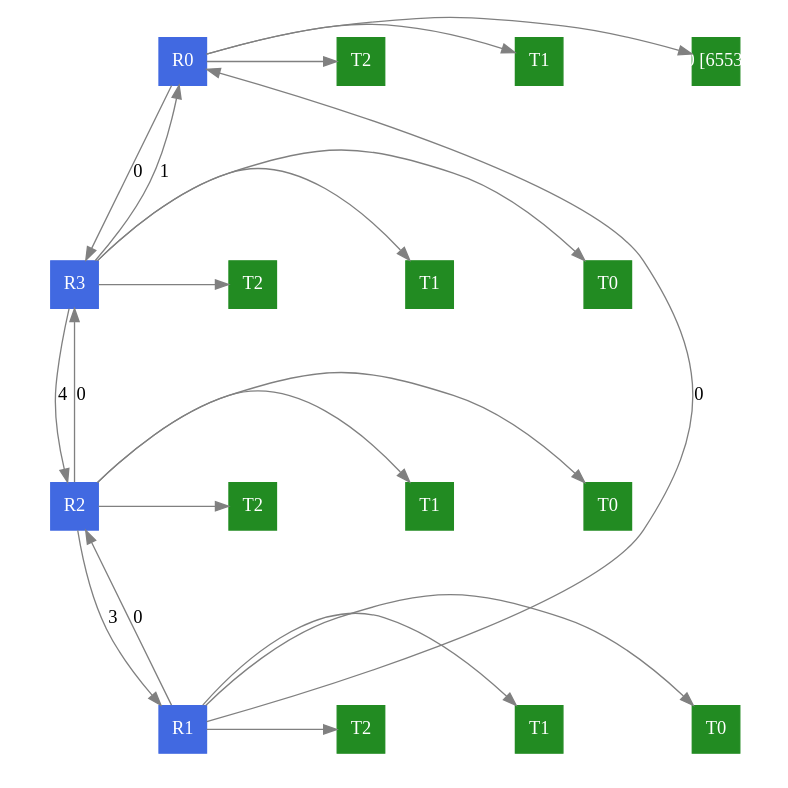
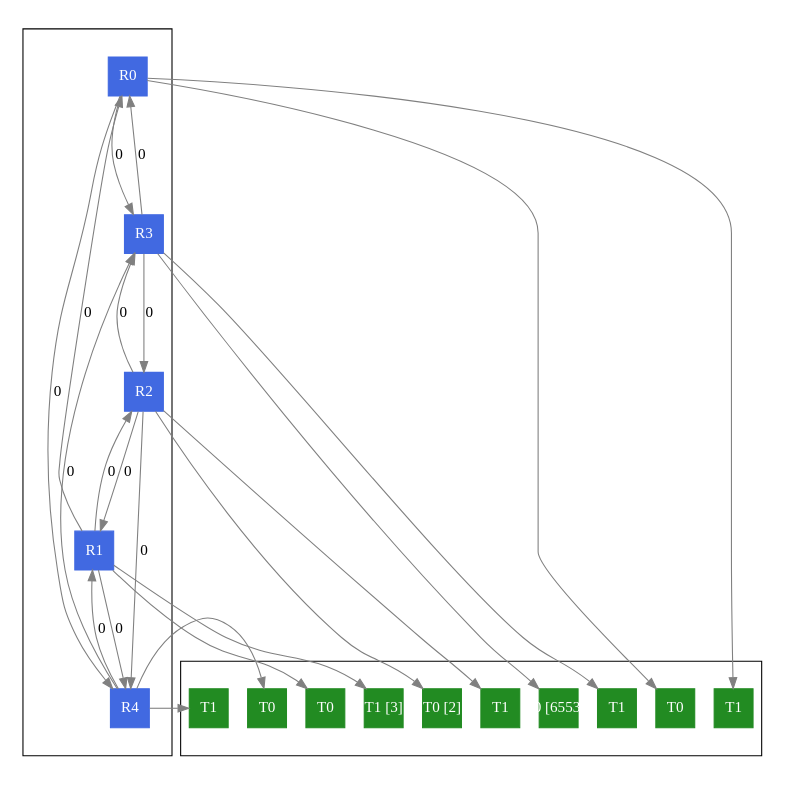
One commit to Fede108/Algoritmos-y-estructura-de-Datos changed the diagram in Trabajo_Final/src/grafo.dot. Above: the diagram before and after it, drawn with Graphviz. The commit also changed 14 other files, not shown here.

```diff
--- a/Trabajo_Final/src/grafo.dot
+++ b/Trabajo_Final/src/grafo.dot
@@ -1,46 +1,48 @@
 digraph G {
     edge [color=gray, penwidth=1];
     size="8,8";
     ratio="fill";
-    subgraph routers {
+    subgraph cluster_routers {
         node [shape=box, style=filled, color=royalblue, fixedsize=true, width=0.5, height=0.5, fontcolor=white];
         0 [label="R0"];
         1 [label="R1"];
         2 [label="R2"];
         3 [label="R3"];
+        4 [label="R4"];
     }
-    subgraph terminales {
+    subgraph cluster_terminales {
         node [shape=box, style=filled, color=forestgreen, fixedsize=true, width=0.5, height=0.5, fontcolor=white];
-        00 [label="T0 [65539]"];
+        00 [label="T0"];
         01 [label="T1"];
-        02 [label="T2"];
         10 [label="T0"];
-        11 [label="T1"];
-        12 [label="T2"];
-        20 [label="T0"];
+        11 [label="T1 [3]"];
+        20 [label="T0 [2]"];
         21 [label="T1"];
-        22 [label="T2"];
-        30 [label="T0"];
+        30 [label="T0 [65539]"];
         31 [label="T1"];
-        32 [label="T2"];
+        40 [label="T0"];
+        41 [label="T1"];
     }
     0 -> 3 [label="0"];
+    0 -> 4 [label="0"];
     1 -> 0 [label="0"];
     1 -> 2 [label="0"];
-    2 -> 1 [label="3"];
+    1 -> 4 [label="0"];
+    2 -> 1 [label="0"];
     2 -> 3 [label="0"];
-    3 -> 0 [label="1"];
-    3 -> 2 [label="4"];
+    2 -> 4 [label="0"];
+    3 -> 0 [label="0"];
+    3 -> 2 [label="0"];
+    4 -> 1 [label="0"];
+    4 -> 3 [label="0"];
     0 -> 00 [minlen=0.2];
     0 -> 01 [minlen=0.2];
-    0 -> 02 [minlen=0.2];
     1 -> 10 [minlen=0.2];
     1 -> 11 [minlen=0.2];
-    1 -> 12 [minlen=0.2];
     2 -> 20 [minlen=0.2];
     2 -> 21 [minlen=0.2];
-    2 -> 22 [minlen=0.2];
     3 -> 30 [minlen=0.2];
     3 -> 31 [minlen=0.2];
-    3 -> 32 [minlen=0.2];
+    4 -> 40 [minlen=0.2];
+    4 -> 41 [minlen=0.2];
 }
```
